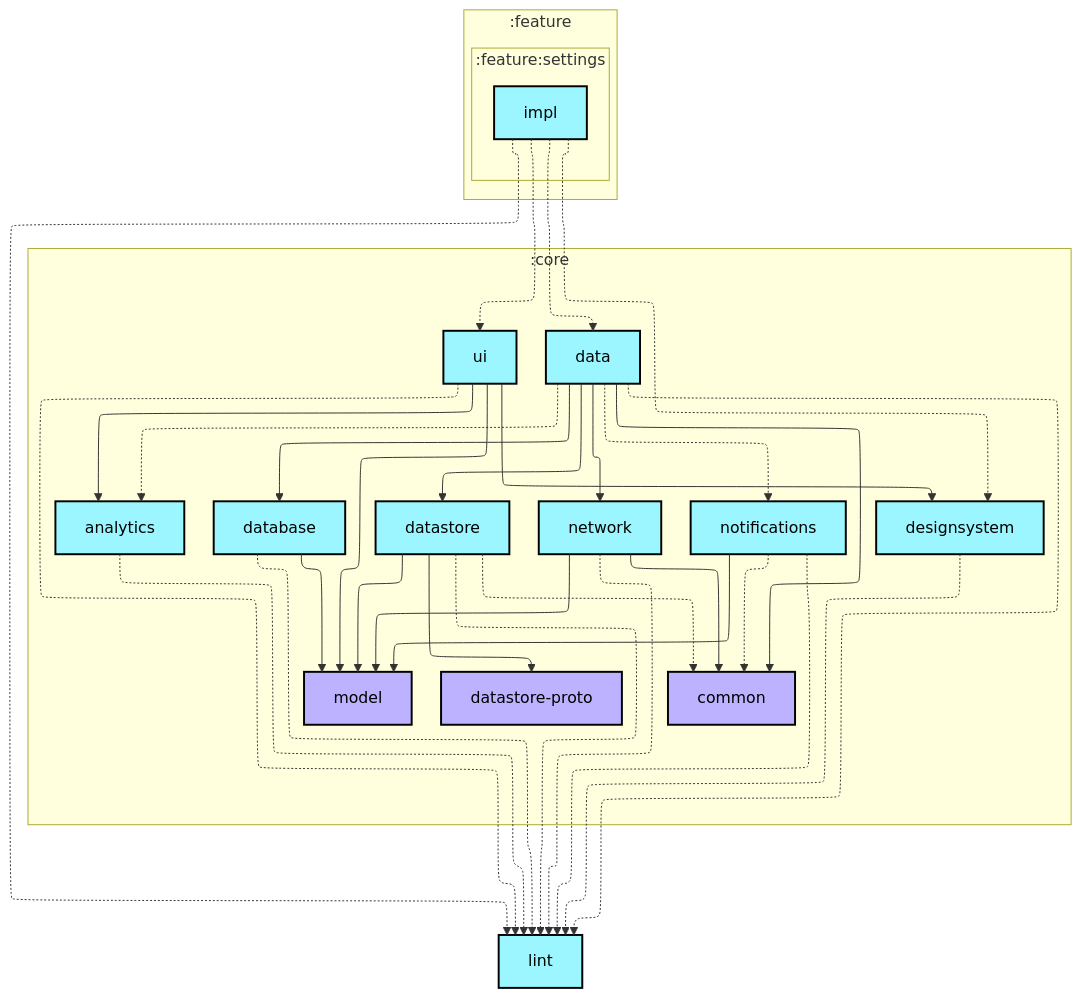
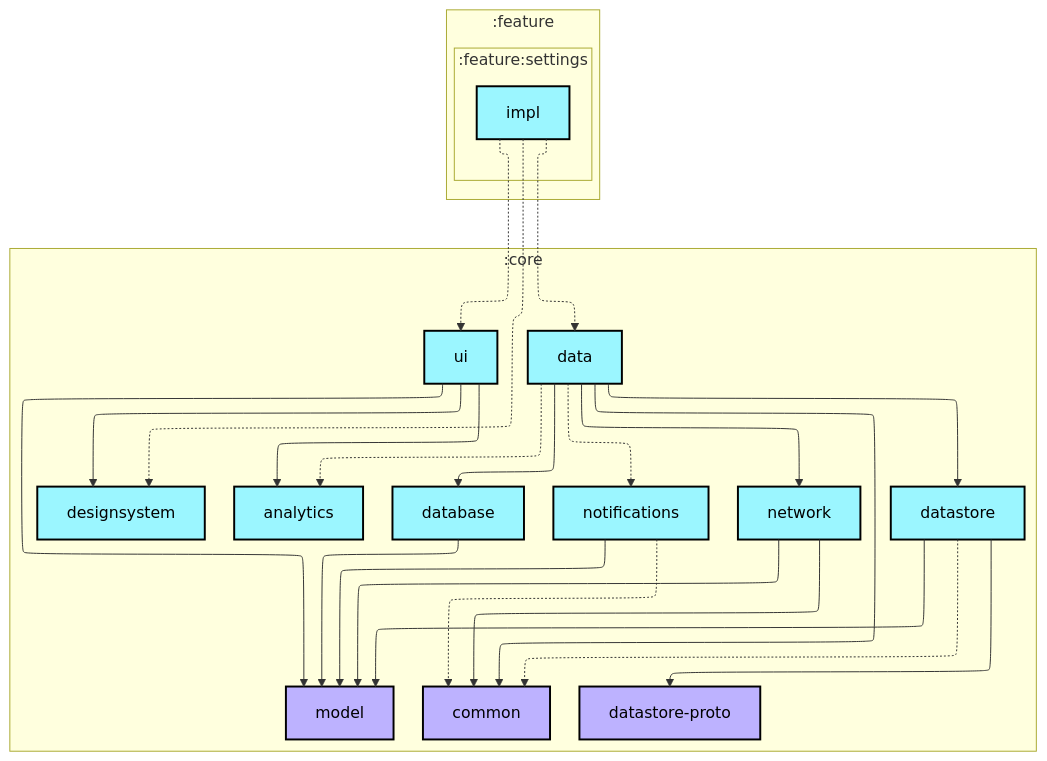
One commit to android/nowinandroid changed the first of 2 diagrams in feature/settings/impl/README.md. Above: the diagram before and after it, drawn with Mermaid. The commit also changed 30 other files, not shown here.

````diff
--- a/feature/settings/impl/README.md
+++ b/feature/settings/impl/README.md
@@ -6,68 +6,58 @@
 ```mermaid
 ---
 config:
   layout: elk
   elk:
     nodePlacementStrategy: SIMPLE
 ---
 graph TB
   subgraph :feature
     direction TB
     subgraph :feature:settings
       direction TB
       :feature:settings:impl[impl]:::android-library
     end
   end
   subgraph :core
     direction TB
     :core:analytics[analytics]:::android-library
     :core:common[common]:::jvm-library
     :core:data[data]:::android-library
     :core:database[database]:::android-library
     :core:datastore[datastore]:::android-library
     :core:datastore-proto[datastore-proto]:::jvm-library
     :core:designsystem[designsystem]:::android-library
     :core:model[model]:::jvm-library
     :core:network[network]:::android-library
     :core:notifications[notifications]:::android-library
     :core:ui[ui]:::android-library
   end
-  :lint[lint]:::android-library
 
-  :core:analytics -.-> :lint
   :core:data -.-> :core:analytics
   :core:data --> :core:common
   :core:data --> :core:database
   :core:data --> :core:datastore
   :core:data --> :core:network
   :core:data -.-> :core:notifications
-  :core:data -.-> :lint
   :core:database --> :core:model
-  :core:database -.-> :lint
   :core:datastore -.-> :core:common
   :core:datastore --> :core:datastore-proto
   :core:datastore --> :core:model
-  :core:datastore -.-> :lint
-  :core:designsystem -.-> :lint
   :core:network --> :core:common
   :core:network --> :core:model
-  :core:network -.-> :lint
   :core:notifications -.-> :core:common
   :core:notifications --> :core:model
-  :core:notifications -.-> :lint
   :core:ui --> :core:analytics
   :core:ui --> :core:designsystem
   :core:ui --> :core:model
-  :core:ui -.-> :lint
   :feature:settings:impl -.-> :core:data
   :feature:settings:impl -.-> :core:designsystem
   :feature:settings:impl -.-> :core:ui
-  :feature:settings:impl -.-> :lint
 
 classDef android-application fill:#CAFFBF,stroke:#000,stroke-width:2px,color:#000;
 classDef android-feature fill:#FFD6A5,stroke:#000,stroke-width:2px,color:#000;
 classDef android-library fill:#9BF6FF,stroke:#000,stroke-width:2px,color:#000;
 classDef android-test fill:#A0C4FF,stroke:#000,stroke-width:2px,color:#000;
 classDef jvm-library fill:#BDB2FF,stroke:#000,stroke-width:2px,color:#000;
 classDef unknown fill:#FFADAD,stroke:#000,stroke-width:2px,color:#000;
 ```
````
